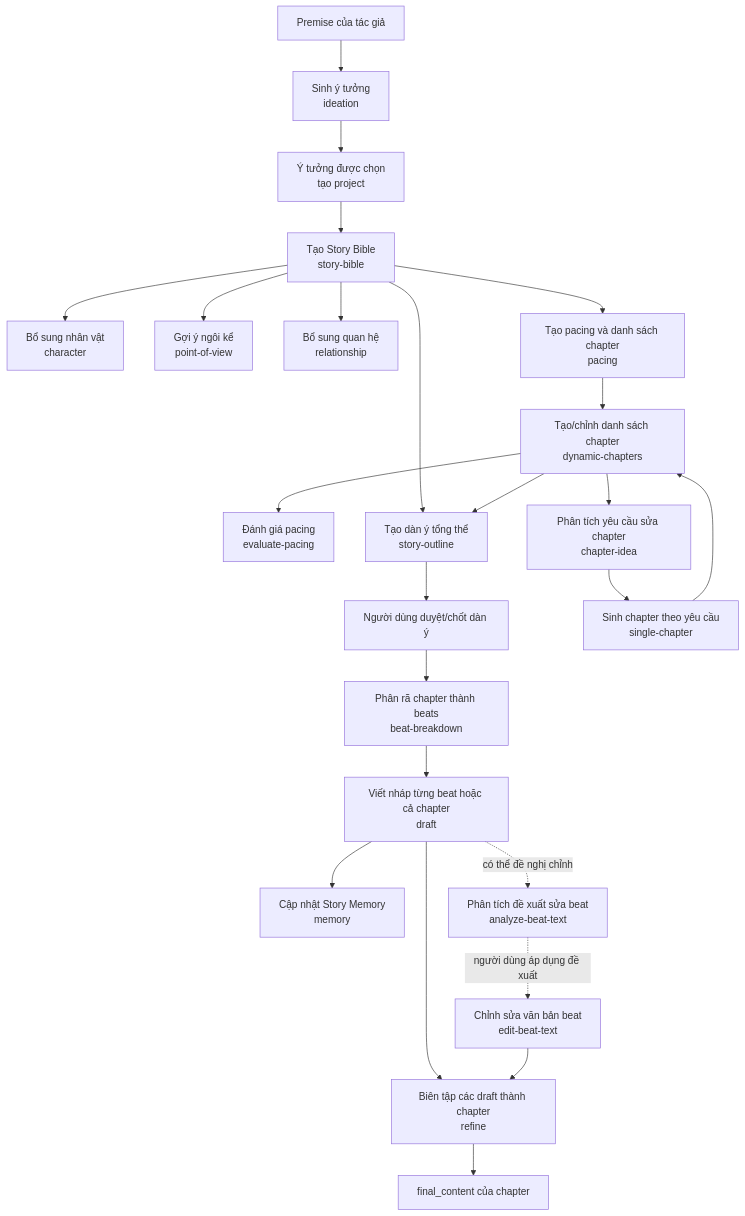
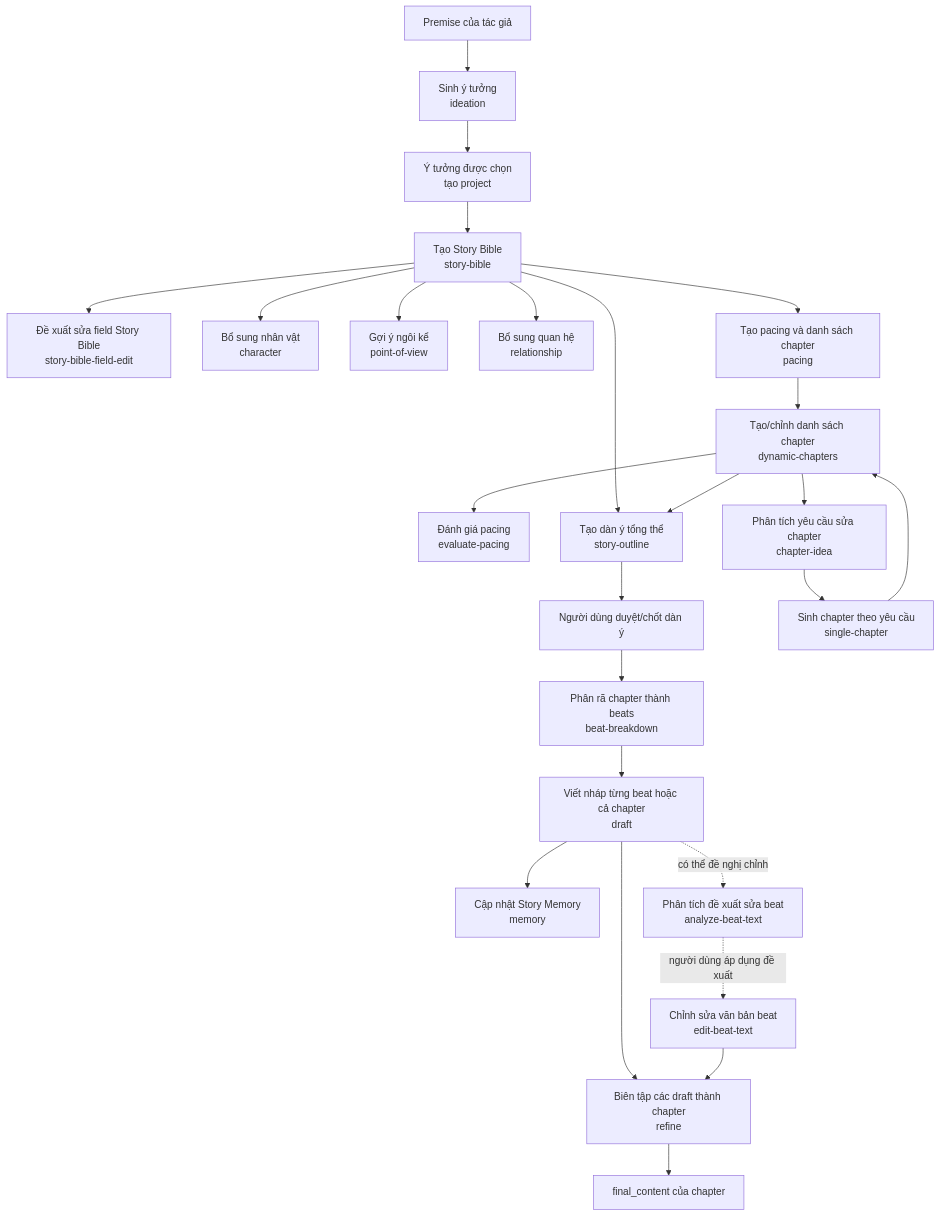
One commit to minhho0598-it/StoryForge-OS changed the first of 2 diagrams in PROMPT_MAP.md. Above: the diagram before and after it, drawn with Mermaid. The commit also changed other lines of this file and 6 other files, not shown here.

Commit message:
feat: Add story Bible field edit prompt and update flowchart

````diff
--- a/PROMPT_MAP.md
+++ b/PROMPT_MAP.md
@@ -7,38 +7,40 @@
 ```mermaid
 flowchart TD
     premise["Premise của tác giả"]
     ideation["Sinh ý tưởng<br/>ideation"]
     selected["Ý tưởng được chọn<br/>tạo project"]
     bible["Tạo Story Bible<br/>story-bible"]
+    bible_edit["Đề xuất sửa field Story Bible<br/>story-bible-field-edit"]
     character["Bổ sung nhân vật<br/>character"]
     pov["Gợi ý ngôi kể<br/>point-of-view"]
     relation["Bổ sung quan hệ<br/>relationship"]
     pacing["Tạo pacing và danh sách chapter<br/>pacing"]
     evaluate["Đánh giá pacing<br/>evaluate-pacing"]
     idea["Phân tích yêu cầu sửa chapter<br/>chapter-idea"]
     chapters["Tạo/chỉnh danh sách chapter<br/>dynamic-chapters"]
     outline["Tạo dàn ý tổng thể<br/>story-outline"]
     confirm["Người dùng duyệt/chốt dàn ý"]
     beats["Phân rã chapter thành beats<br/>beat-breakdown"]
     draft["Viết nháp từng beat hoặc cả chapter<br/>draft"]
     memory["Cập nhật Story Memory<br/>memory"]
     analyze["Phân tích đề xuất sửa beat<br/>analyze-beat-text"]
     edit["Chỉnh sửa văn bản beat<br/>edit-beat-text"]
     refine["Biên tập các draft thành chapter<br/>refine"]
     final["final_content của chapter"]
 
     premise --> ideation --> selected --> bible
     bible --> character
+    bible --> bible_edit
     bible --> pov
     bible --> relation
     bible --> pacing --> chapters
     chapters --> evaluate
     chapters --> idea --> dynamic["Sinh chapter theo yêu cầu<br/>single-chapter"]
     dynamic --> chapters
     bible --> outline
     chapters --> outline --> confirm --> beats --> draft
     draft --> memory
     draft -. "có thể đề nghị chỉnh" .-> analyze -. "người dùng áp dụng đề xuất" .-> edit
     draft --> refine --> final
     edit --> refine
 ```
````
